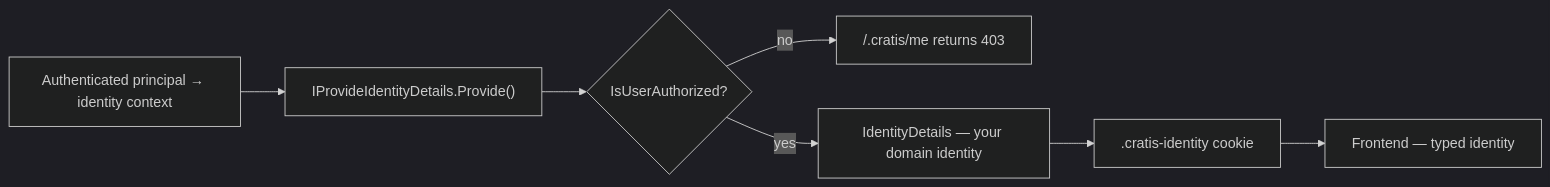
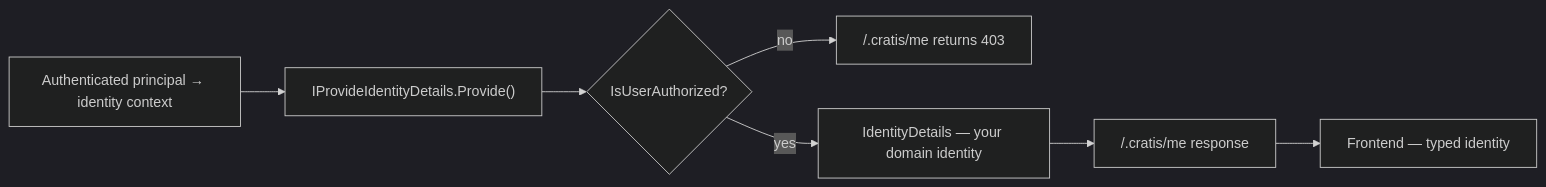
One commit to Cratis/Arc changed the diagram in Documentation/understanding-identity-and-access.mdx. Above: the diagram before and after it, drawn with Mermaid (dark theme). The commit also changed other lines of this file and 68 other files, not shown here.

First line of the commit message:
Derive identity only from the authenticated request and stop using the .cratis-identity cookie (#2949)

````diff
--- a/Documentation/understanding-identity-and-access.mdx
+++ b/Documentation/understanding-identity-and-access.mdx
@@ -18,9 +18,9 @@
 ```mermaid
 flowchart LR
     T["Authenticated principal → identity context"] --> P["IProvideIdentityDetails.Provide()"]
     P --> Q{IsUserAuthorized?}
     Q -- no --> F["/.cratis/me returns 403"]
     Q -- yes --> D["IdentityDetails — your domain identity"]
-    D --> C[".cratis-identity cookie"]
+    D --> C["/.cratis/me response"]
     C --> UI["Frontend — typed identity"]
 ```
````
